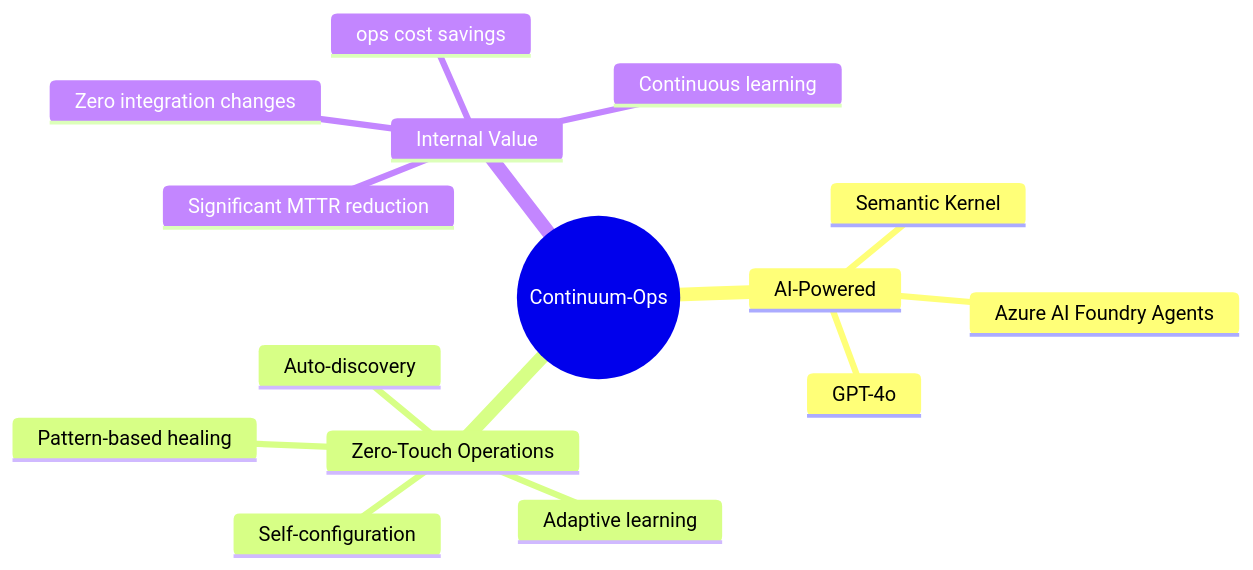
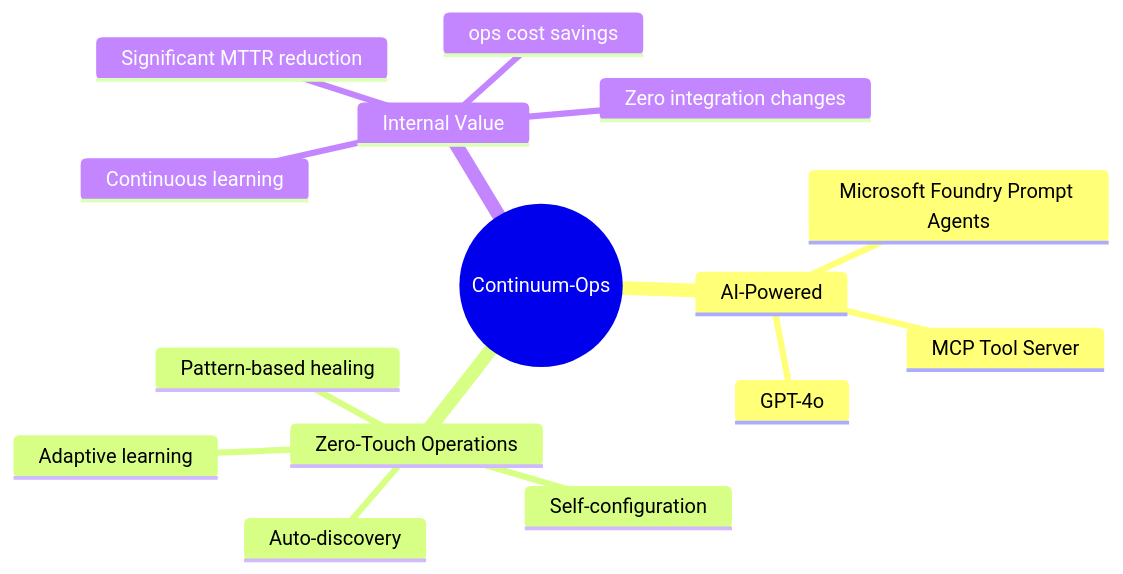
Before and after one commit to mayankgupta7673/Continuum-Ops: the first of 6 diagrams in docs/00-Product-Overview.md, drawn with Mermaid. The commit also changed other lines of this file and 48 other files, not shown here.

Commit message:
Updating Initial Code and Flow

````diff
--- a/docs/00-Product-Overview.md
+++ b/docs/00-Product-Overview.md
@@ -10,18 +10,18 @@
 ```mermaid
 mindmap
   root((Continuum-Ops))
     AI-Powered
-      Azure AI Foundry Agents
+      Microsoft Foundry Prompt Agents
       GPT-4o
-      Semantic Kernel
+      MCP Tool Server
     Zero-Touch Operations
       Auto-discovery
       Self-configuration
       Adaptive learning
       Pattern-based healing
     Internal Value
       Significant MTTR reduction
       ops cost savings
       Zero integration changes
       Continuous learning
 ```
````
